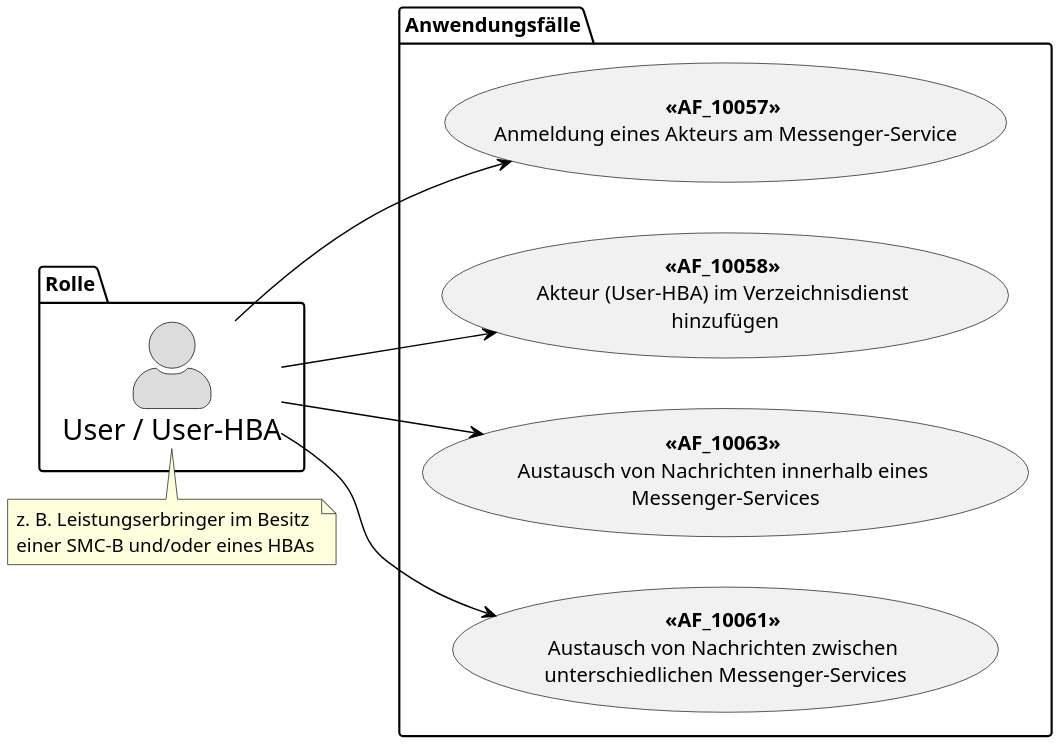
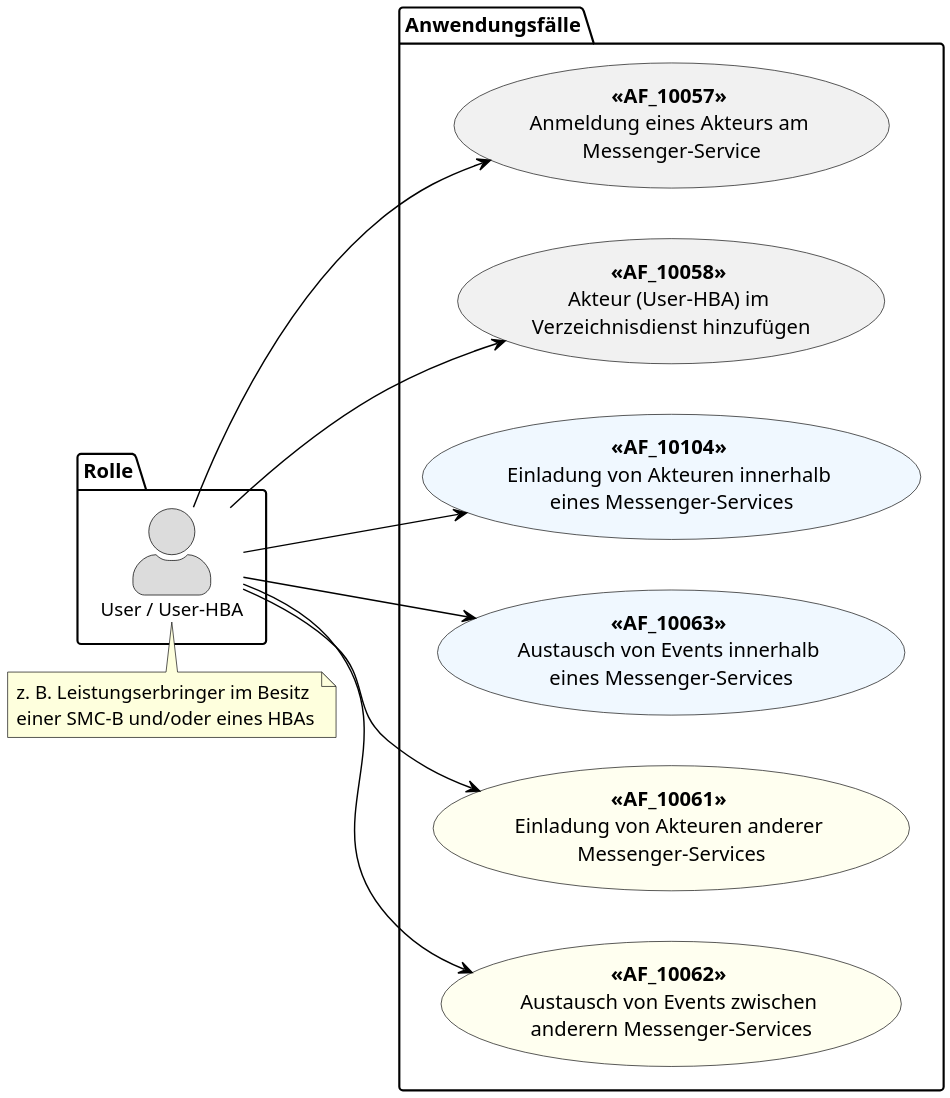
The diagram in src/plantuml/TI-Messenger-Dienst/Ressourcen/UC_user_HBA.puml (gematik/api-ti-messenger), drawn with PlantUML before and after one commit.

```diff
--- a/src/plantuml/TI-Messenger-Dienst/Ressourcen/UC_user_HBA.puml
+++ b/src/plantuml/TI-Messenger-Dienst/Ressourcen/UC_user_HBA.puml
@@ -8,48 +8,52 @@
 @startuml
 skinparam actorStyle awesome
 left to right direction
 scale 6/3
 
 skinparam sequence {
 ArrowColor black
 ArrowFontSize 17
 ActorBorderColor black
 LifeLineBorderColor black
 LifeLineBackgroundColor Gainsboro
 
 ParticipantBorderColor Motivation
 ParticipantBackgroundColor Motivation
 ParticipantFontName Impact
 ParticipantFontSize 20
 ParticipantFontColor black
 ParticipantBorderColor Black
 ParticipantBackgroundColor MOTIVATION
 
 ActorBackgroundColor Gainsboro
 ActorFontColor black
-ActorFontSize 20
+ActorFontSize 13
 ActorFontName Aapex
 }
 
 package Rolle {
 actor "User / User-HBA" as uuh
 }
 
 package Anwendungsfälle {
-usecase "**<<AF_10057>>** \nAnmeldung eines Akteurs am Messenger-Service" as UC1
-usecase "**<<AF_10058>>** \nAkteur (User-HBA) im Verzeichnisdienst \nhinzufügen" as UC2
-usecase "**<<AF_10063>>** \nAustausch von Nachrichten innerhalb eines \nMessenger-Services" as UC3
-usecase "**<<AF_10061>>** \nAustausch von Nachrichten zwischen \nunterschiedlichen Messenger-Services" as UC4
+usecase "**<<AF_10057>>** \nAnmeldung eines Akteurs am \nMessenger-Service" as UC1
+usecase "**<<AF_10058>>** \nAkteur (User-HBA) im \nVerzeichnisdienst hinzufügen" as UC2
+usecase "**<<AF_10104>>** \nEinladung von Akteuren innerhalb \neines Messenger-Services" as UC3 #AliceBlue
+usecase "**<<AF_10063>>** \nAustausch von Events innerhalb \neines Messenger-Services" as UC4 #AliceBlue
+usecase "**<<AF_10061>>** \nEinladung von Akteuren anderer \nMessenger-Services" as UC5 #Ivory
+usecase "**<<AF_10062>>** \nAustausch von Events zwischen \nanderern Messenger-Services" as UC6 #Ivory
 }
 
 uuh --> UC1
 uuh --> UC2
 uuh --> UC3
 uuh --> UC4
+uuh --> UC5
+uuh --> UC6
 
 note top of (uuh)
 z. B. Leistungserbringer im Besitz 
 einer SMC-B und/oder eines HBAs
 end note
 
 @enduml
```
